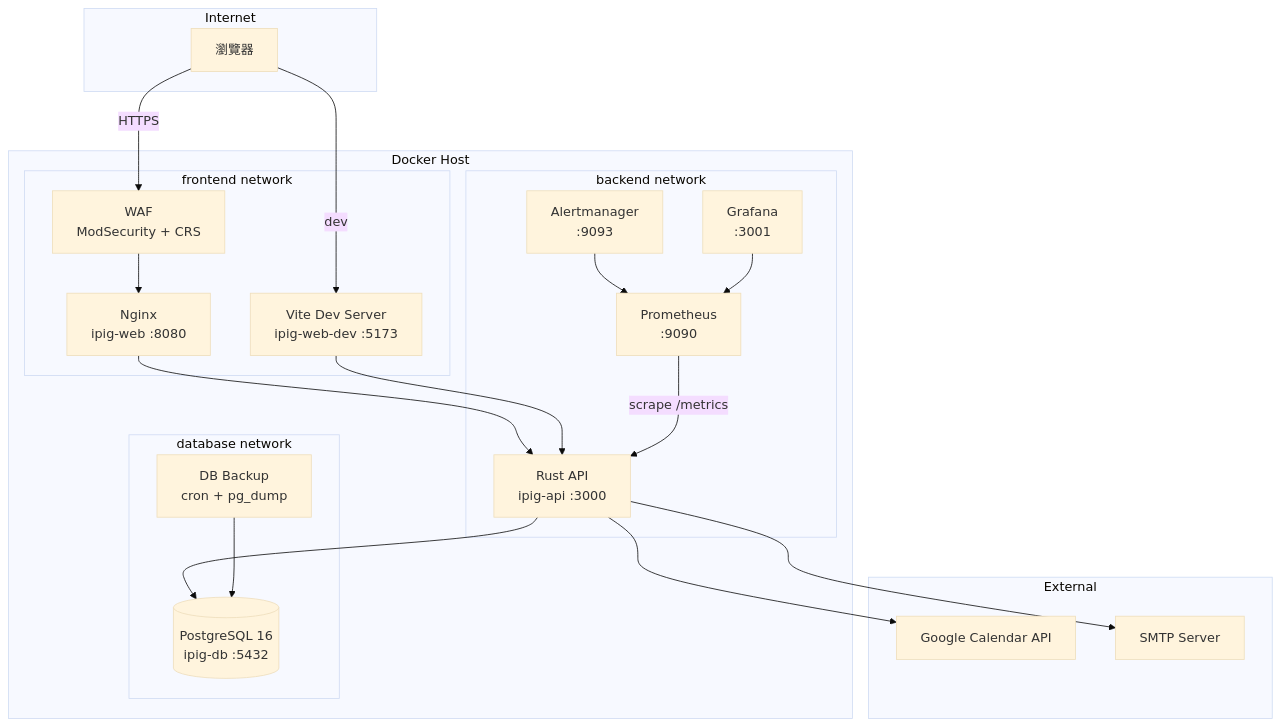
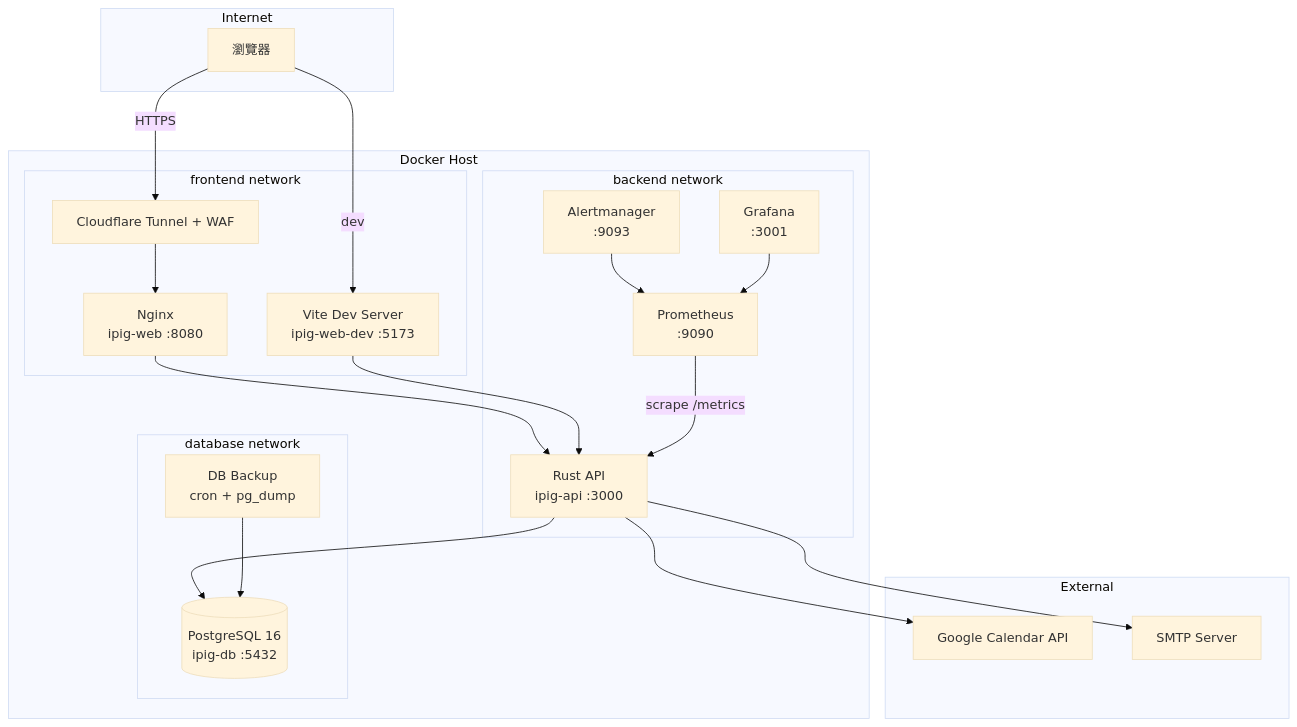
The first of 4 diagrams in docs/ARCHITECTURE.md (delightening/ipig_system), drawn with Mermaid (base theme) before and after one commit. The commit also changed other lines of this file and 14 other files, not shown here.

First line of the commit message:
refactor: 移除 ModSecurity WAF overlay，改由 Cloudflare WAF 處理

````diff
--- a/docs/ARCHITECTURE.md
+++ b/docs/ARCHITECTURE.md
@@ -5,44 +5,44 @@
 ```mermaid
 graph TB
     subgraph Internet
         Browser[瀏覽器]
     end
 
     subgraph Docker Host
         subgraph "frontend network"
-            WAF[WAF<br/>ModSecurity + CRS]
+            CF[Cloudflare Tunnel + WAF]
             Web[Nginx<br/>ipig-web :8080]
             WebDev[Vite Dev Server<br/>ipig-web-dev :5173]
         end
 
         subgraph "backend network"
             API[Rust API<br/>ipig-api :3000]
             Prometheus[Prometheus<br/>:9090]
             Grafana[Grafana<br/>:3001]
             Alertmanager[Alertmanager<br/>:9093]
         end
 
         subgraph "database network"
             DB[(PostgreSQL 16<br/>ipig-db :5432)]
             Backup[DB Backup<br/>cron + pg_dump]
         end
     end
 
     subgraph External
         Google[Google Calendar API]
         SMTP[SMTP Server]
     end
 
-    Browser -->|HTTPS| WAF
-    WAF --> Web
+    Browser -->|HTTPS| CF
+    CF --> Web
     Browser -->|dev| WebDev
     Web --> API
     WebDev --> API
     API --> DB
     API --> Google
     API --> SMTP
     Prometheus -->|scrape /metrics| API
     Alertmanager --> Prometheus
     Grafana --> Prometheus
     Backup --> DB
 ```
````
